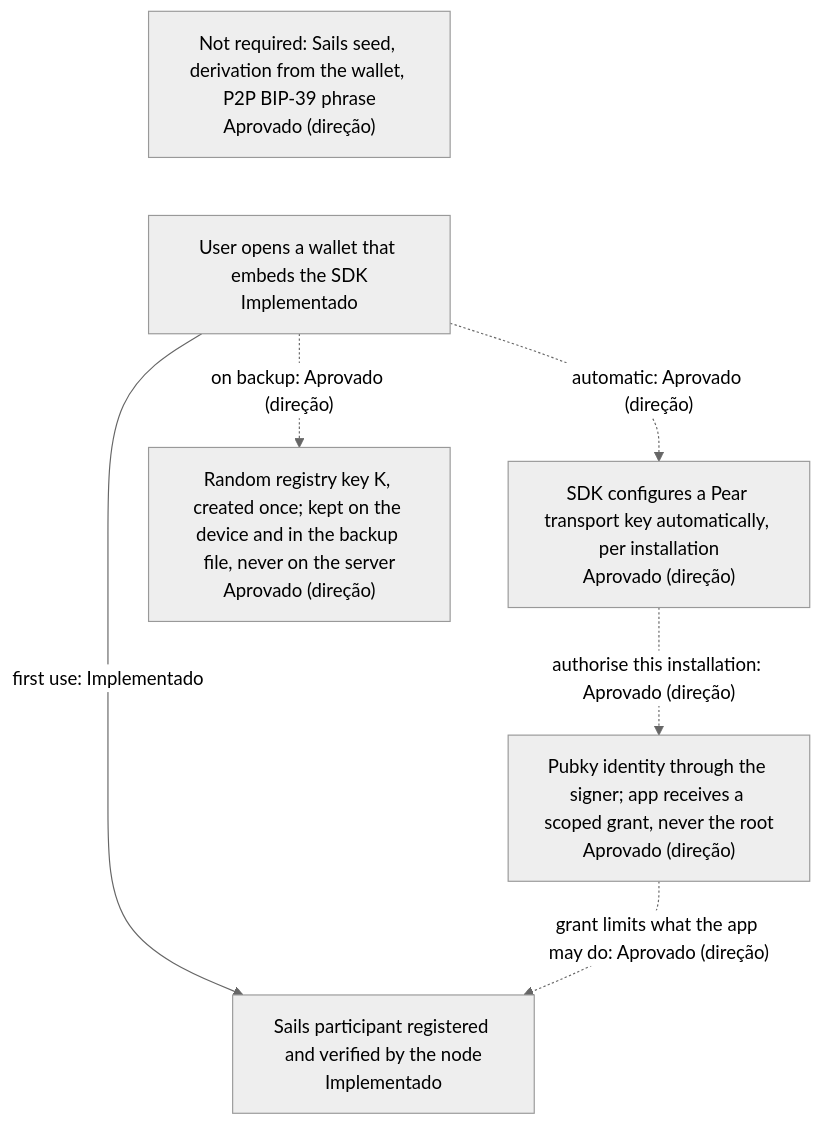
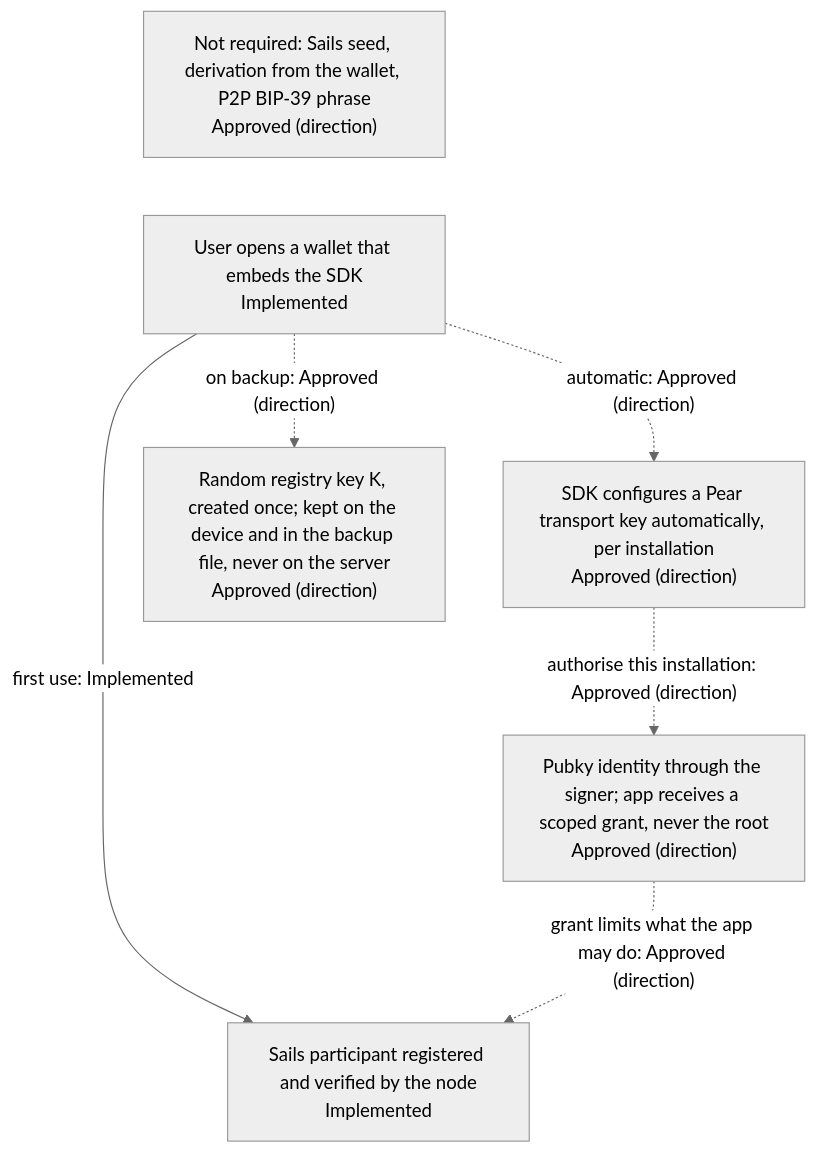
One commit to sails-protocol/Sails-Protocol changed the fourth of 6 diagrams in docs/SYSTEM_DESIGN.md. Above: the diagram before and after it, drawn with Mermaid (neutral theme). The commit also changed other lines of this file and 2 other files, not shown here.

Commit message:
docs: ADR-008 portable identity and market ownership; English status labels; ownership section in Market Spaces README

````diff
--- a/docs/SYSTEM_DESIGN.md
+++ b/docs/SYSTEM_DESIGN.md
@@ -673,15 +675,15 @@
 ```mermaid
 flowchart TD
-  A["User opens a wallet that embeds the SDK<br/>Implementado"]
-  B["SDK configures a Pear transport key automatically, per installation<br/>Aprovado (direção)"]
-  C["Pubky identity through the signer; app receives a scoped grant, never the root<br/>Aprovado (direção)"]
-  D["Sails participant registered and verified by the node<br/>Implementado"]
-  E["Random registry key K, created once; kept on the device and in the backup file, never on the server<br/>Aprovado (direção)"]
-  X["Not required: Sails seed, derivation from the wallet, P2P BIP-39 phrase<br/>Aprovado (direção)"]
-  A -->|"first use: Implementado"| D
-  A -.->|"automatic: Aprovado (direção)"| B
-  B -.->|"authorise this installation: Aprovado (direção)"| C
-  C -.->|"grant limits what the app may do: Aprovado (direção)"| D
-  A -.->|"on backup: Aprovado (direção)"| E
+  A["User opens a wallet that embeds the SDK<br/>Implemented"]
+  B["SDK configures a Pear transport key automatically, per installation<br/>Approved (direction)"]
+  C["Pubky identity through the signer; app receives a scoped grant, never the root<br/>Approved (direction)"]
+  D["Sails participant registered and verified by the node<br/>Implemented"]
+  E["Random registry key K, created once; kept on the device and in the backup file, never on the server<br/>Approved (direction)"]
+  X["Not required: Sails seed, derivation from the wallet, P2P BIP-39 phrase<br/>Approved (direction)"]
+  A -->|"first use: Implemented"| D
+  A -.->|"automatic: Approved (direction)"| B
+  B -.->|"authorise this installation: Approved (direction)"| C
+  C -.->|"grant limits what the app may do: Approved (direction)"| D
+  A -.->|"on backup: Approved (direction)"| E
   X ~~~ A
 ```
````
